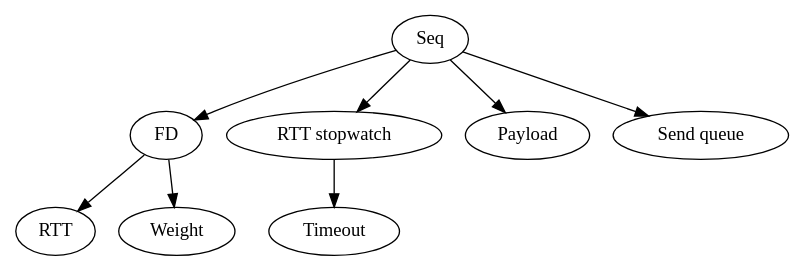
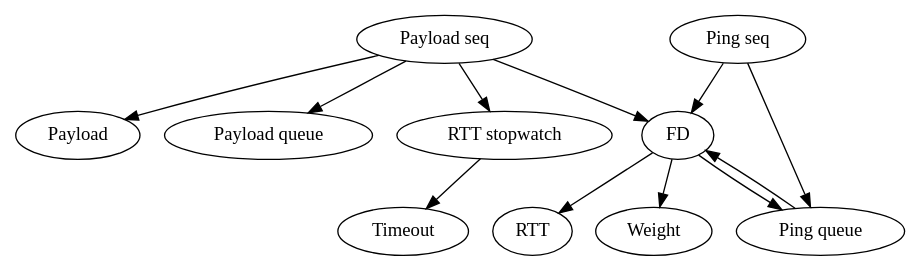
Before and after one commit to Banyc/ntcp: the diagram in README.md, drawn with Graphviz. The commit also changed other lines of this file, not shown here.

Commit message:
docs: exception flow handling

````diff
--- a/README.md
+++ b/README.md
@@ -64,11 +64,15 @@
   ```dot
   digraph {
-    Seq -> FD
-    Seq -> "RTT stopwatch"
-    Seq -> Payload
-    Seq -> "Send queue"
+    "Payload seq" -> FD
+    "Payload seq" -> "RTT stopwatch"
+    "Payload seq" -> Payload
+    "Payload seq" -> "Payload queue"
     "RTT stopwatch" -> Timeout
     FD -> RTT
     FD -> Weight
+    FD -> "Ping queue"
+    "Ping seq" -> FD
+    "Ping seq" -> "Ping queue"
+    "Ping queue" -> FD
   }
   ```
````
